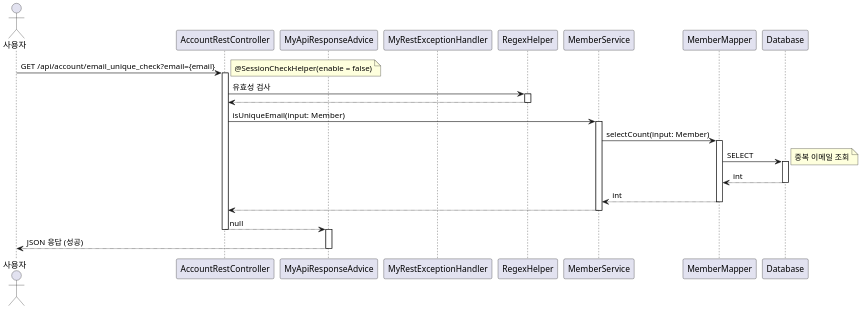
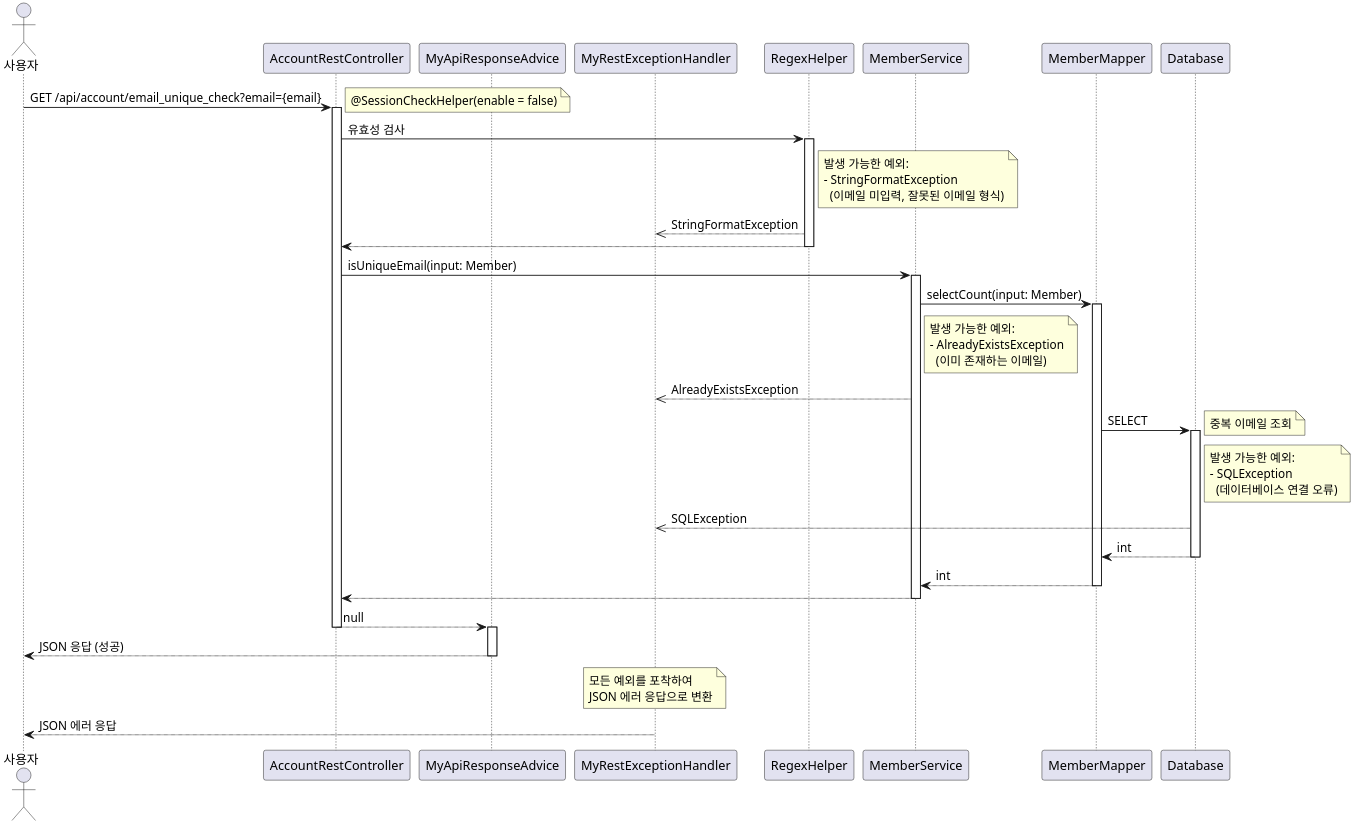
The diagram in uml/AccountRestController/EmailUniqueCheck_Sequence.puml (leekh4232/study-myshop), drawn with PlantUML before and after one commit. The commit also changed 34 other files, not shown here.

```diff
--- a/uml/AccountRestController/EmailUniqueCheck_Sequence.puml
+++ b/uml/AccountRestController/EmailUniqueCheck_Sequence.puml
@@ -1,42 +1,51 @@
 @startuml
-skinparam dpi 200
+skinparam dpi 300
 
 actor Actor as "사용자"
 participant AccountRestController
 participant MyApiResponseAdvice
 participant MyRestExceptionHandler
 participant RegexHelper
 participant MemberService
 participant MemberMapper
 participant Database
 
 Actor -> AccountRestController: GET /api/account/email_unique_check?email={email}
 activate AccountRestController
 note right: @SessionCheckHelper(enable = false)
 
 AccountRestController -> RegexHelper: 유효성 검사
 activate RegexHelper
+note right of RegexHelper: 발생 가능한 예외:\n- StringFormatException\n  (이메일 미입력, 잘못된 이메일 형식)
+RegexHelper -->> MyRestExceptionHandler: StringFormatException
 RegexHelper --> AccountRestController
 deactivate RegexHelper
 
 AccountRestController -> MemberService: isUniqueEmail(input: Member)
 activate MemberService
 MemberService -> MemberMapper: selectCount(input: Member)
 activate MemberMapper
+note right of MemberService: 발생 가능한 예외:\n- AlreadyExistsException\n  (이미 존재하는 이메일)
+MemberService -->> MyRestExceptionHandler: AlreadyExistsException
 MemberMapper -> Database: SELECT
 activate Database
 note right: 중복 이메일 조회
+note right of Database: 발생 가능한 예외:\n- SQLException\n  (데이터베이스 연결 오류)
+Database -->> MyRestExceptionHandler: SQLException
 Database --> MemberMapper: int
 deactivate Database
 MemberMapper --> MemberService: int
 deactivate MemberMapper
 MemberService --> AccountRestController
 deactivate MemberService
 
 AccountRestController --> MyApiResponseAdvice: null
 deactivate AccountRestController
 activate MyApiResponseAdvice
 MyApiResponseAdvice --> Actor: JSON 응답 (성공)
 deactivate MyApiResponseAdvice
 
+note over MyRestExceptionHandler: 모든 예외를 포착하여\nJSON 에러 응답으로 변환
+MyRestExceptionHandler --> Actor: JSON 에러 응답
+
 @enduml
```
